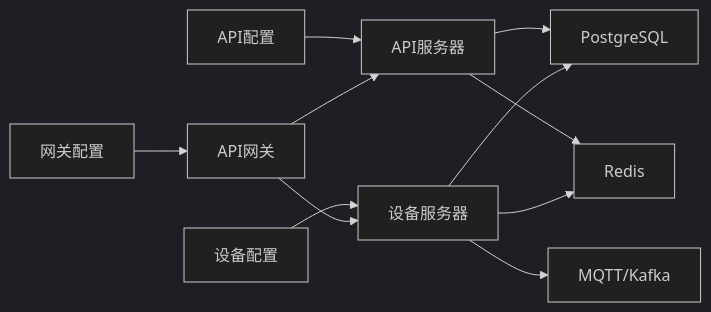
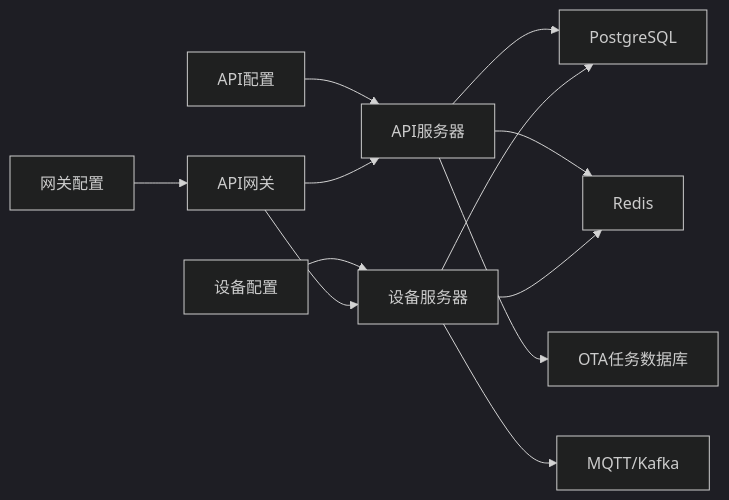
Before and after one commit to mcmrzy/cs_inv_monitor-develop: the sixth of 6 diagrams in .qoder/repowiki/zh/content/API参考文档/内部服务API.md, drawn with Mermaid (dark theme). The commit also changed other lines of this file and 28 other files, not shown here.

````diff
--- a/.qoder/repowiki/zh/content/API参考文档/内部服务API.md
+++ b/.qoder/repowiki/zh/content/API参考文档/内部服务API.md
@@ -244,13 +278,14 @@
 ```mermaid
 graph LR
 CFG_GW["网关配置"] --> GW["API网关"]
 CFG_API["API配置"] --> API["API服务器"]
 CFG_DEV["设备配置"] --> DEV["设备服务器"]
 GW --> API
 GW --> DEV
 API --> PG["PostgreSQL"]
 API --> RD["Redis"]
 DEV --> PG
 DEV --> RD
 DEV --> MQ["MQTT/Kafka"]
+API --> OTA_DB["OTA任务数据库"]
 ```
````
